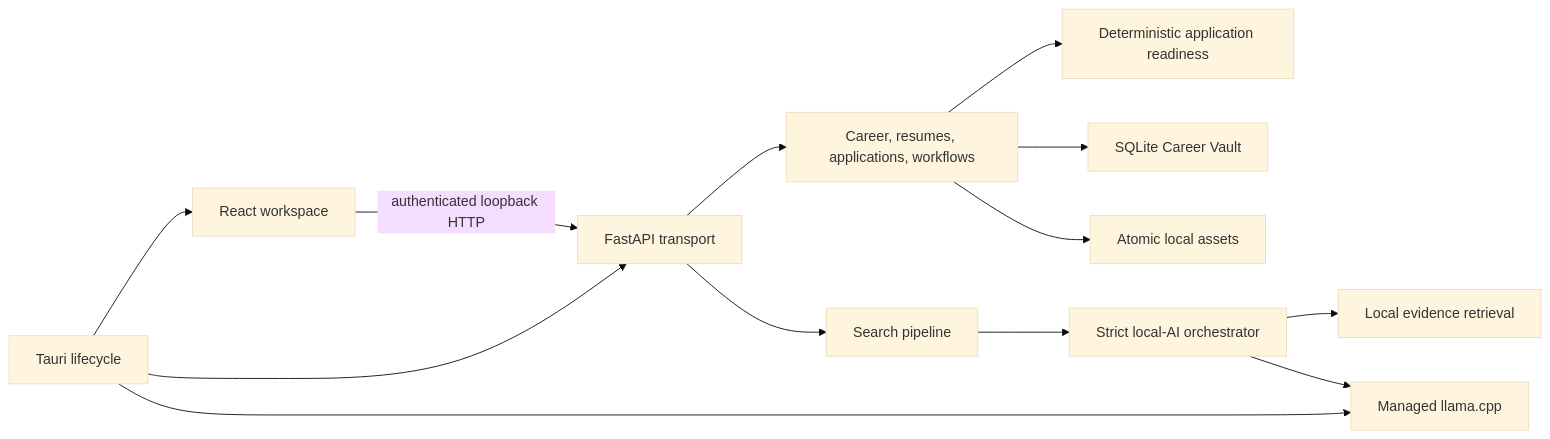
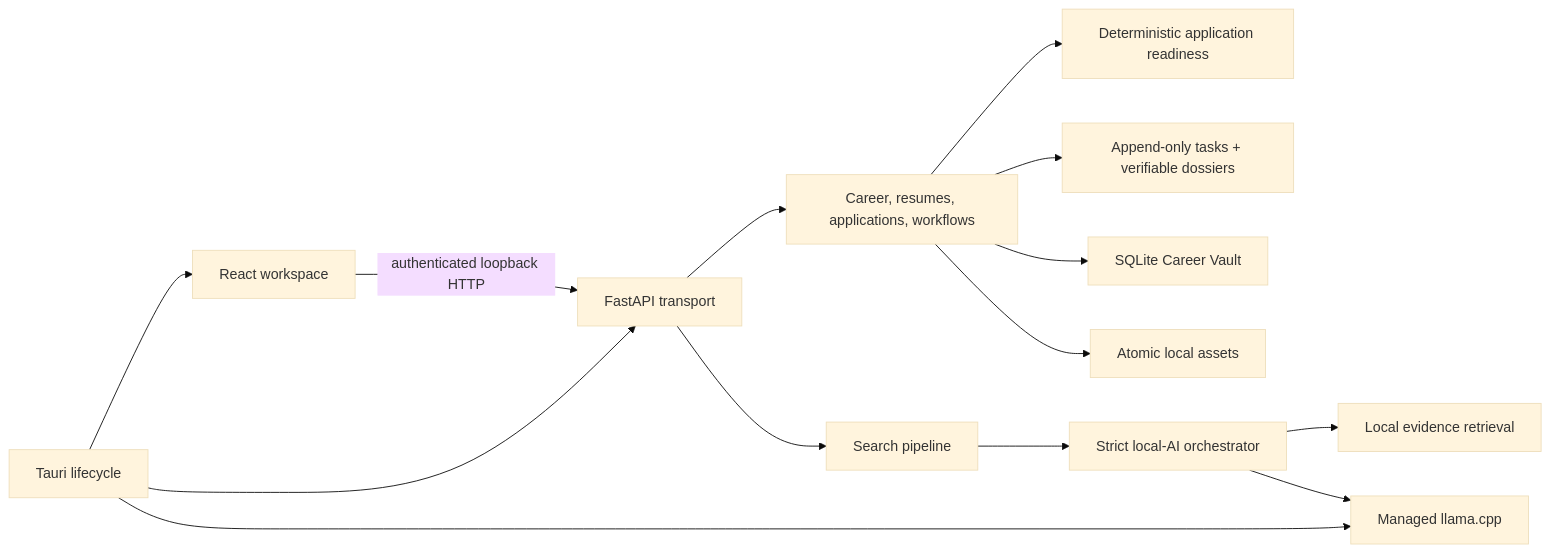
Before and after one commit to ejupi-djenis30/careeros-local: the diagram in docs/architecture.md, drawn with Mermaid (base theme). The commit also changed other lines of this file and 113 other files, not shown here.

````diff
--- a/docs/architecture.md
+++ b/docs/architecture.md
@@ -5,15 +5,16 @@
 ```mermaid
 flowchart LR
   UI["React workspace"] -->|"authenticated loopback HTTP"| API["FastAPI transport"]
   API --> DOMAIN["Career, resumes, applications, workflows"]
   DOMAIN --> READY["Deterministic application readiness"]
+  DOMAIN --> DOSSIER["Append-only tasks + verifiable dossiers"]
   DOMAIN --> DB["SQLite Career Vault"]
   DOMAIN --> FILES["Atomic local assets"]
   API --> SEARCH["Search pipeline"]
   SEARCH --> AI["Strict local-AI orchestrator"]
   AI --> RETRIEVAL["Local evidence retrieval"]
   AI --> RUNTIME["Managed llama.cpp"]
   SHELL["Tauri lifecycle"] --> UI
   SHELL --> API
   SHELL --> RUNTIME
 ```
````
